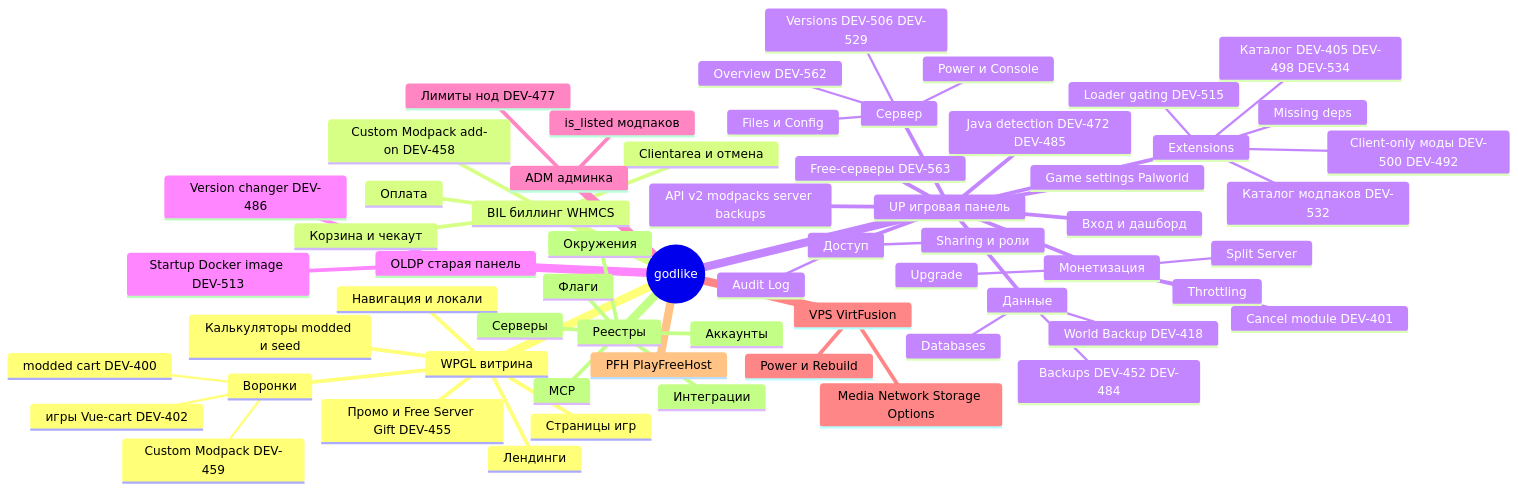
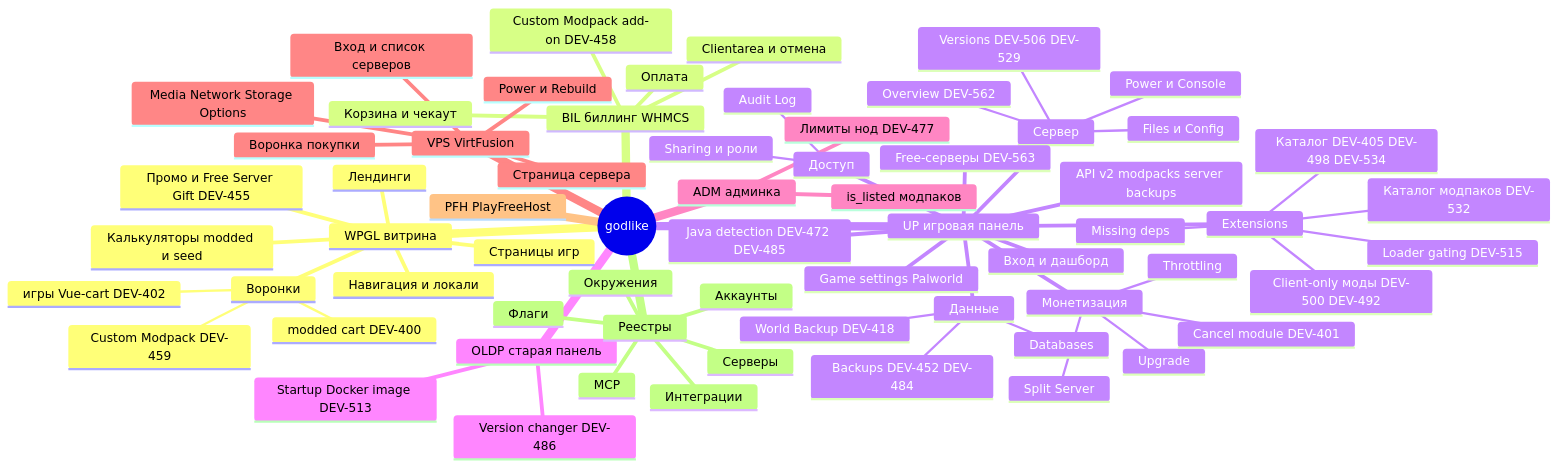
One commit to rhetalo/e2e_godlike changed the diagram in kb/map.md. Above: the diagram before and after it, drawn with Mermaid. The commit also changed other lines of this file and 12 other files, not shown here.

````diff
--- a/kb/map.md
+++ b/kb/map.md
@@ -28,65 +28,68 @@
 ```mermaid
 mindmap
   root((godlike))
     WPGL витрина
       Навигация и локали
       Страницы игр
       Калькуляторы modded и seed
       Воронки
         modded cart DEV-400
         игры Vue-cart DEV-402
         Custom Modpack DEV-459
       Лендинги
       Промо и Free Server Gift DEV-455
     BIL биллинг WHMCS
       Корзина и чекаут
       Оплата
       Clientarea и отмена
       Custom Modpack add-on DEV-458
     UP игровая панель
       Вход и дашборд
       API v2 modpacks server backups
       Сервер
         Overview DEV-562
         Power и Console
         Files и Config
         Versions DEV-506 DEV-529
       Extensions
         Каталог DEV-405 DEV-498 DEV-534
         Loader gating DEV-515
         Client-only моды DEV-500 DEV-492
         Каталог модпаков DEV-532
         Missing deps
       Java detection DEV-472 DEV-485
       Доступ
         Sharing и роли
         Audit Log
       Данные
         Backups DEV-452 DEV-484
         World Backup DEV-418
         Databases
       Монетизация
         Upgrade
         Throttling
         Cancel module DEV-401
         Split Server
       Free-серверы DEV-563
       Game settings Palworld
     OLDP старая панель
       Version changer DEV-486
       Startup Docker image DEV-513
     ADM админка
       Лимиты нод DEV-477
       is_listed модпаков
     VPS VirtFusion
+      Вход и список серверов
+      Страница сервера
       Power и Rebuild
       Media Network Storage Options
+      Воронка покупки
     PFH PlayFreeHost
     Реестры
       Окружения
       Аккаунты
       Серверы
       Флаги
       Интеграции
       MCP
 ```
````
